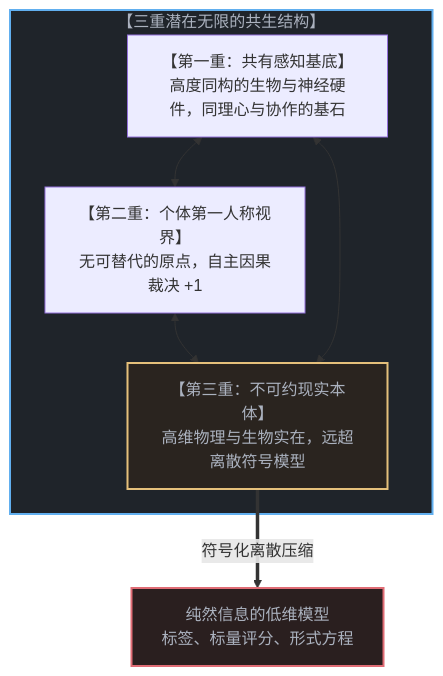
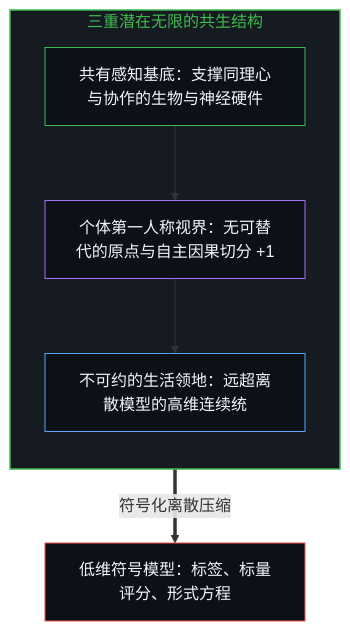
One commit to powerpig99/not-a-toe changed the first of 10 diagrams in content/posts/the-shadow-and-the-infinite.md. Above: the diagram before and after it, drawn with Mermaid. The commit also changed other lines of this file and 19 other files, not shown here.

````diff
--- a/content/posts/the-shadow-and-the-infinite.md
+++ b/content/posts/the-shadow-and-the-infinite.md
@@ -21,18 +25,20 @@
 ```mermaid
-graph TD
-    subgraph ThreefoldInfinity["【三重潜在无限的共生结构】"]
-        SubstrateFold["【第一重：共有感知基底】<br>高度同构的生物与神经硬件，同理心与协作的基石"]
-        PerspectiveFold["【第二重：个体第一人称视界】<br>无可替代的原点，自主因果裁决 +1"]
-        TerritoryFold["【第三重：不可约现实本体】<br>高维物理与生物实在，远超离散符号模型"]
-
-        SubstrateFold <--> PerspectiveFold
-        PerspectiveFold <--> TerritoryFold
-        SubstrateFold <--> TerritoryFold
+flowchart TD
+    subgraph ThreefoldInfinity["三重潜在无限的共生结构"]
+        direction TB
+        SubstrateFold["共有感知基底：支撑同理心与协作的生物与神经硬件"]
+        PerspectiveFold["个体第一人称视界：无可替代的原点与自主因果切分 +1"]
+        TerritoryFold["不可约的生活领地：远超离散模型的高维连续统"]
+        SubstrateFold --> PerspectiveFold
+        PerspectiveFold --> TerritoryFold
     end
 
-    TerritoryFold ==>|"符号化离散压缩"| LowDModel["纯然信息的低维模型<br>标签、标量评分、形式方程"]
+    LowDModel["低维符号模型：标签、标量评分、形式方程"]
+    TerritoryFold ==>|"符号化离散压缩"| LowDModel
 
-    style ThreefoldInfinity fill:#1f242a,stroke:#61afef,stroke-width:2px,color:#abb2bf
-    style TerritoryFold fill:#2a241f,stroke:#e5c07b,stroke-width:2px,color:#abb2bf
-    style LowDModel fill:#2a1f1f,stroke:#e06c75,stroke-width:2px,color:#abb2bf
+    style ThreefoldInfinity fill:#161b22,stroke:#3fb950,stroke-width:1.5px,color:#3fb950
+    style SubstrateFold fill:#0d1117,stroke:#3fb950,stroke-width:1px,color:#f0f6fc
+    style PerspectiveFold fill:#0d1117,stroke:#a371f7,stroke-width:1px,color:#f0f6fc
+    style TerritoryFold fill:#0d1117,stroke:#58a6ff,stroke-width:1px,color:#f0f6fc
+    style LowDModel fill:#0d1117,stroke:#f85149,stroke-width:1px,color:#f0f6fc
 ```
````
